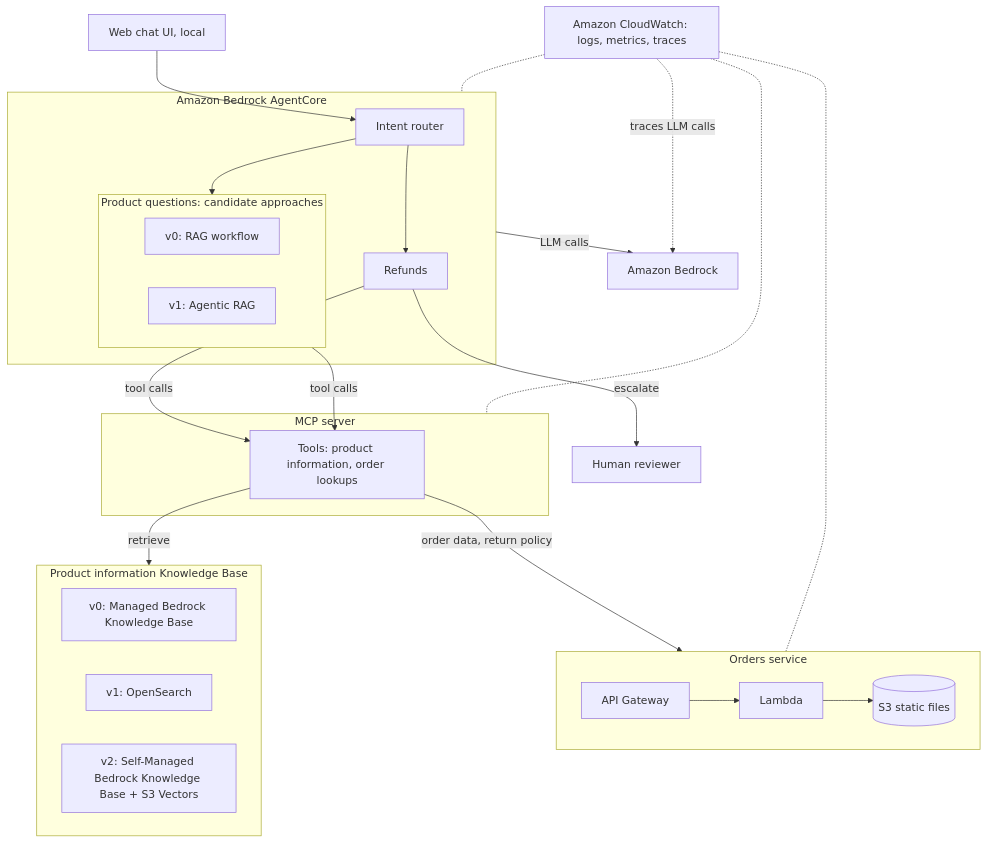
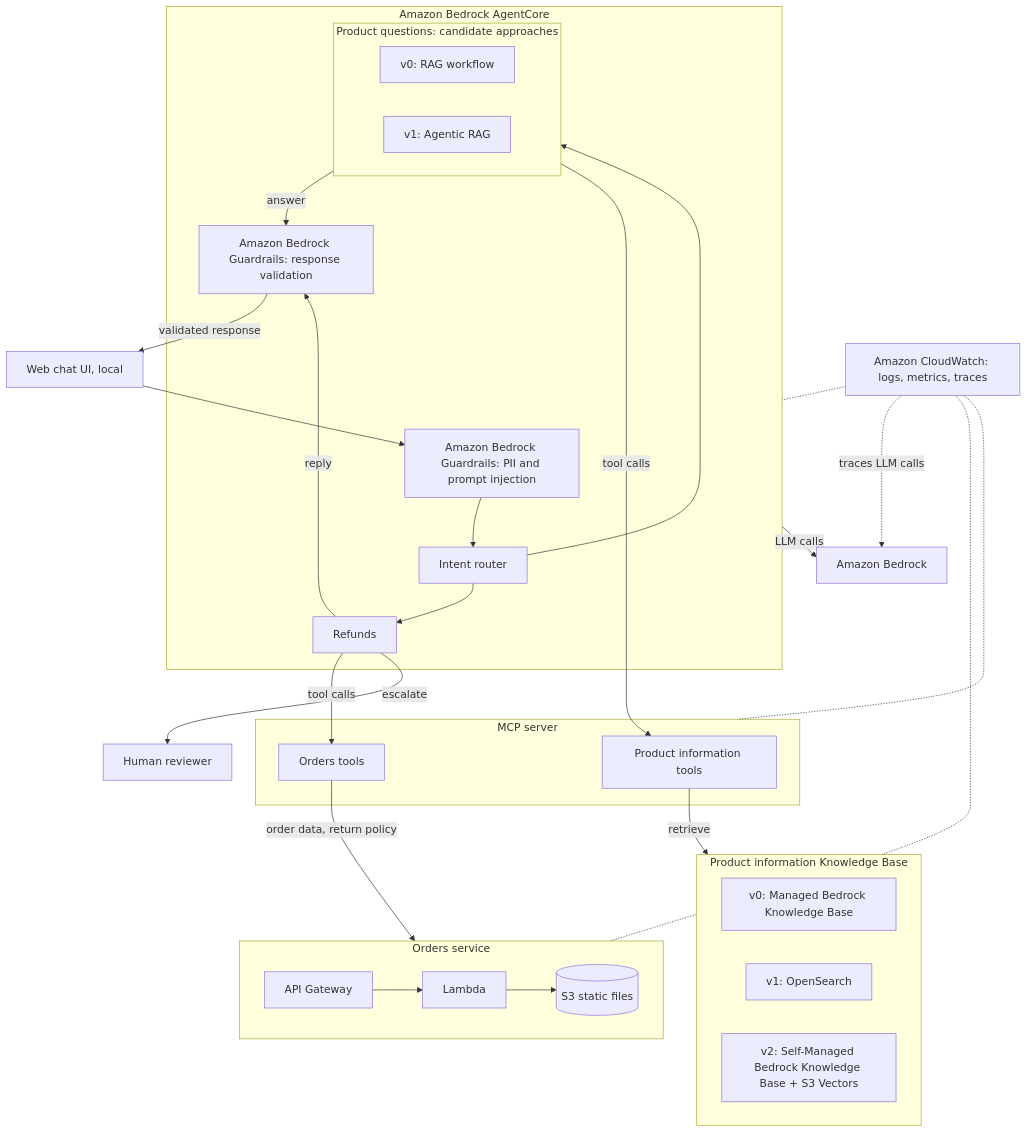
One commit to lilianabs/customer-service-agent changed the diagram in docs/architecture.md. Above: the diagram before and after it, drawn with Mermaid. The commit also changed other lines of this file and 2 other files, not shown here.

Commit message:
Add Agent graph archutectyre ADR and update architecture plus implementation plan

````diff
--- a/docs/architecture.md
+++ b/docs/architecture.md
@@ -48,33 +49,38 @@
 ```mermaid
 flowchart TD
-    UI[Web chat UI, local] --> Router
     subgraph AgentCore[Amazon Bedrock AgentCore]
+        InGuard["Amazon Bedrock Guardrails: PII and prompt injection"] --> Router
         Router[Intent router] --> Product
         Router --> Refunds[Refunds]
         subgraph Product[Product questions: candidate approaches]
             P0[v0: RAG workflow]
             P1[v1: Agentic RAG]
         end
+        Product -->|answer| OutGuard["Amazon Bedrock Guardrails: response validation"]
+        Refunds -->|reply| OutGuard
     end
-    Product -->|tool calls| Tools
-    Refunds -->|tool calls| Tools
+    UI[Web chat UI, local] --> InGuard
+    Product -->|tool calls| ProductTools
+    Refunds -->|tool calls| OrderTools
     Refunds -->|escalate| Human[Human reviewer]
+    OutGuard -->|validated response| UI
     subgraph MCP[MCP server]
-        Tools[Tools: product information, order lookups]
+        ProductTools[Product information tools]
+        OrderTools[Orders tools]
     end
-    Tools -->|retrieve| KB
-    Tools -->|order data, return policy| Orders
+    ProductTools -->|retrieve| KB
+    OrderTools -->|order data, return policy| Orders
     subgraph KB[Product information Knowledge Base]
         V0[v0: Managed Bedrock Knowledge Base]
         V1[v1: OpenSearch]
         V2[v2: Self-Managed Bedrock Knowledge Base + S3 Vectors]
     end
     subgraph Orders[Orders service]
         APIGW[API Gateway] --> Lambda[Lambda] --> S3[(S3 static files)]
     end
     AgentCore -->|LLM calls| Bedrock[Amazon Bedrock]
     CW[Amazon CloudWatch: logs, metrics, traces] -.- AgentCore
     CW -.- Orders
     CW -.- MCP
     CW -.->|traces LLM calls| Bedrock
 ```
````
